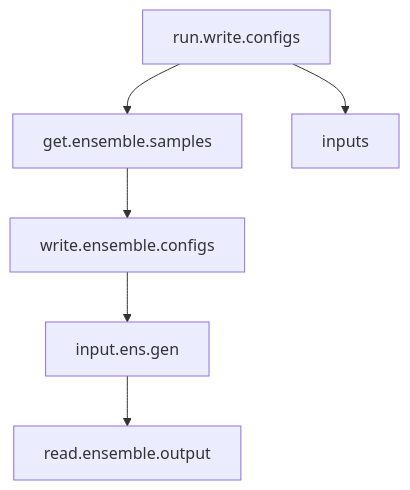
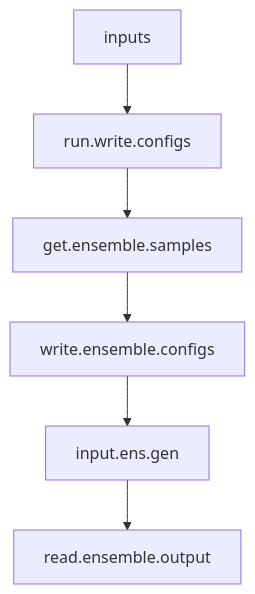
The diagram in README.md (ecamo19/gsoc_project_2022_vm), drawn with Mermaid before and after one commit.

````diff
--- a/README.md
+++ b/README.md
@@ -49,8 +49,8 @@
 ```mermaid
 graph TD;
     run.write.configs-->get.ensemble.samples;
-    run.write.configs--> inputs;
+    inputs-->run.write.configs ;
     get.ensemble.samples-->write.ensemble.configs;
     write.ensemble.configs-->input.ens.gen;
     input.ens.gen-->read.ensemble.output;
 ```
````
